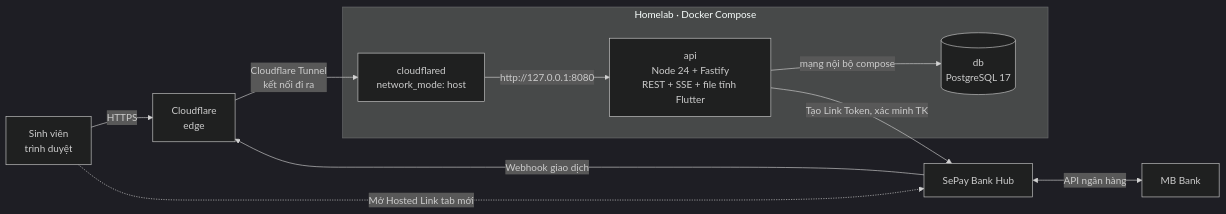
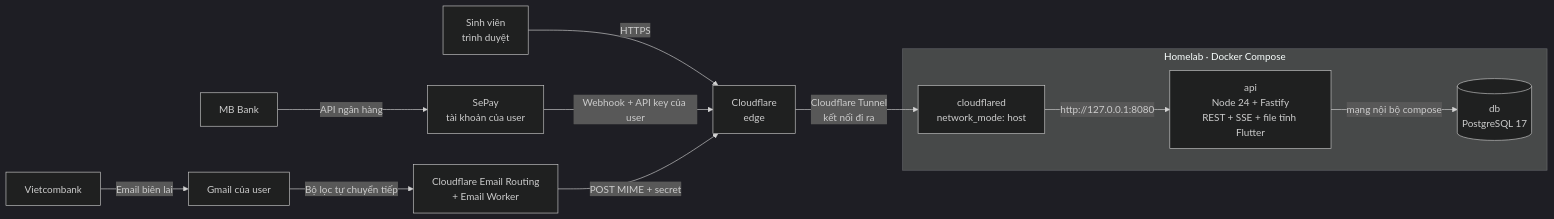
Before and after one commit to PhamNam342/ITSS2: the first of 2 diagrams in SYSTEM_SPEC.md, drawn with Mermaid (dark theme). The commit also changed other lines of this file and 21 other files, not shown here.

First line of the commit message:
Sprint 5: bank transactions from SePay webhooks and Vietcombank receipt emails

````diff
--- a/SYSTEM_SPEC.md
+++ b/SYSTEM_SPEC.md
@@ -87,13 +87,14 @@
 ```mermaid
 flowchart LR
     U[Sinh viên<br/>trình duyệt] -->|HTTPS| CF[Cloudflare<br/>edge]
-    SP[SePay Bank Hub] -->|Webhook giao dịch| CF
+    MB[MB Bank] -->|API ngân hàng| SP[SePay<br/>tài khoản của user]
+    SP -->|Webhook + API key của user| CF
+    VCB[Vietcombank] -->|Email biên lai| GM[Gmail của user]
+    GM -->|Bộ lọc tự chuyển tiếp| ER[Cloudflare Email Routing<br/>+ Email Worker]
+    ER -->|POST MIME + secret| CF
     CF -->|Cloudflare Tunnel<br/>kết nối đi ra| CD[cloudflared<br/>network_mode: host]
     subgraph HL[Homelab · Docker Compose]
         CD -->|http://127.0.0.1:8080| API[api<br/>Node 24 + Fastify<br/>REST + SSE + file tĩnh Flutter]
         API -->|mạng nội bộ compose| DB[(db<br/>PostgreSQL 17)]
     end
-    API -->|Tạo Link Token, xác minh TK| SP
-    SP <-->|API ngân hàng| MB[MB Bank]
-    U -.->|Mở Hosted Link tab mới| SP
 ```
````
